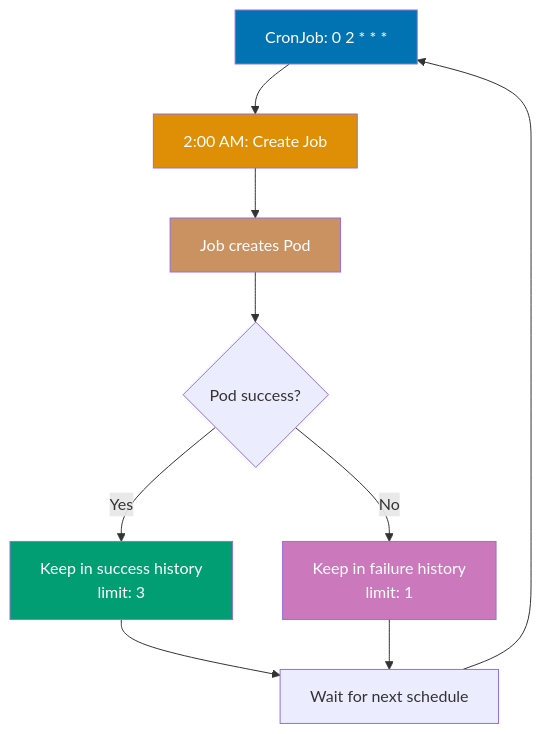
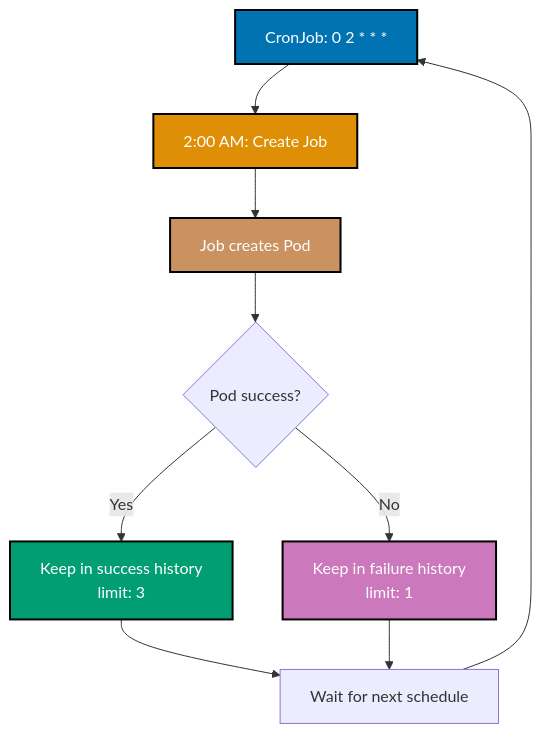
The fifth of 12 diagrams in apps/ayokoding-web/content/en/learn/software-engineering/infrastructure/tools/kubernetes/by-example/intermediate.md (wahidyankf/open-sharia-enterprise), drawn with Mermaid before and after one commit. The commit also changed other lines of this file and 25 other files, not shown here.

````diff
--- a/apps/ayokoding-web/content/en/learn/software-engineering/infrastructure/tools/kubernetes/by-example/intermediate.md
+++ b/apps/ayokoding-web/content/en/learn/software-engineering/infrastructure/tools/kubernetes/by-example/intermediate.md
@@ -1005,18 +1009,19 @@
 ```mermaid
+%% Color Palette: Blue #0173B2, Orange #DE8F05, Teal #029E73, Purple #CC78BC, Brown #CA9161
 %% CronJob scheduling
 graph TD
  A[CronJob: 0 2 * * *] --> B[2:00 AM: Create Job]
  B --> C[Job creates Pod]
  C --> D{Pod success?}
  D -->|Yes| E[Keep in success history<br/>limit: 3]
  D -->|No| F[Keep in failure history<br/>limit: 1]
  E --> G[Wait for next schedule]
  F --> G
  G --> A
 
- style A fill:#0173B2,color:#fff
- style B fill:#DE8F05,color:#fff
- style C fill:#CA9161,color:#fff
- style E fill:#029E73,color:#fff
- style F fill:#CC78BC,color:#fff
+ style A fill:#0173B2,stroke:#000000,stroke-width:2px,color:#fff
+ style B fill:#DE8F05,stroke:#000000,stroke-width:2px,color:#fff
+ style C fill:#CA9161,stroke:#000000,stroke-width:2px,color:#fff
+ style E fill:#029E73,stroke:#000000,stroke-width:2px,color:#fff
+ style F fill:#CC78BC,stroke:#000000,stroke-width:2px,color:#fff
 ```
````
